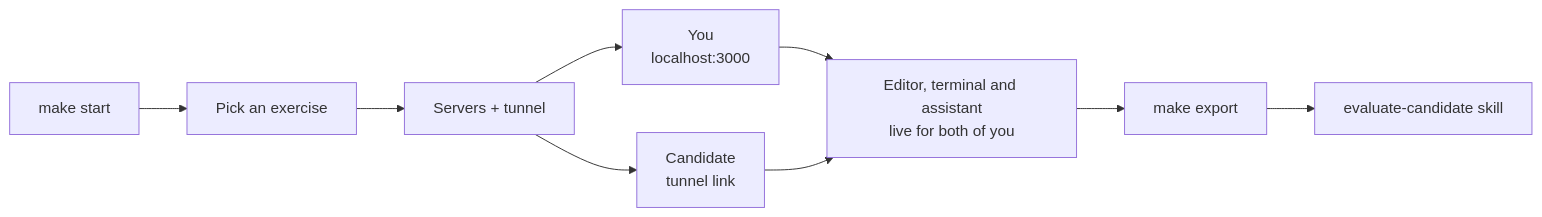
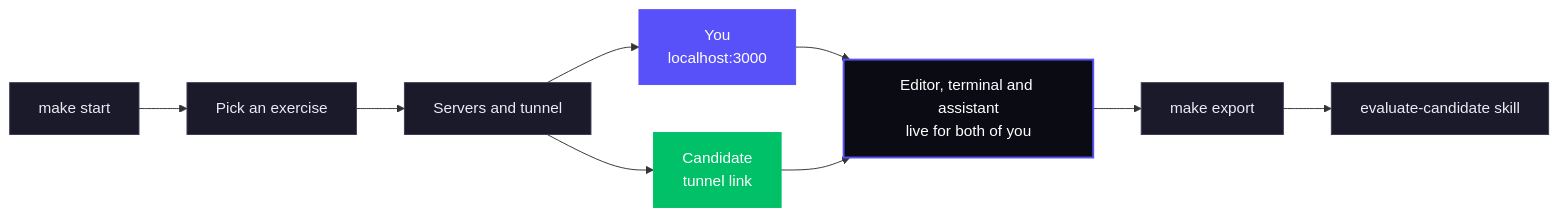
Before and after one commit to guicheffer/trio-interview: the diagram in README.md, drawn with Mermaid. The commit also changed other lines of this file and 50 other files, not shown here.

````diff
--- a/README.md
+++ b/README.md
@@ -26,9 +31,13 @@
 ```mermaid
 flowchart LR
-  A["make start"] --> B["Pick an exercise"]
-  B --> C["Servers + tunnel"]
-  C --> D["You<br/>localhost:3000"]
-  C --> E["Candidate<br/>tunnel link"]
-  D & E --> F["Editor, terminal and assistant<br/>live for both of you"]
-  F --> G["make export"] --> H["evaluate-candidate skill"]
+  A["make start"]:::tool --> B["Pick an exercise"]:::tool
+  B --> C["Servers and tunnel"]:::tool
+  C --> D["You<br/>localhost:3000"]:::interviewer
+  C --> E["Candidate<br/>tunnel link"]:::candidate
+  D & E --> F["Editor, terminal and assistant<br/>live for both of you"]:::agent
+  F --> G["make export"]:::tool --> H["evaluate-candidate skill"]:::tool
+  classDef interviewer fill:#5850F8,stroke:#5850F8,color:#fff
+  classDef candidate fill:#00C068,stroke:#00C068,color:#fff
+  classDef agent fill:#0B0B14,stroke:#5850F8,color:#fff,stroke-width:2px
+  classDef tool fill:#1a1a2b,stroke:#3b3b56,color:#ecebf5
 ```
````
